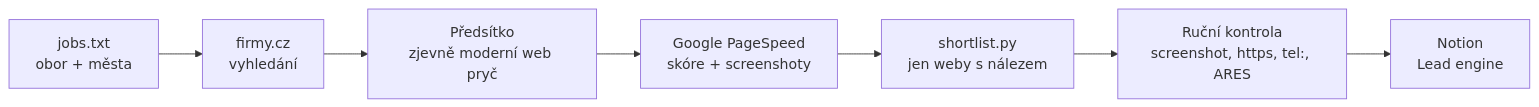
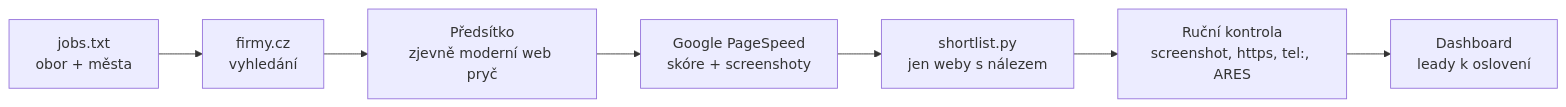
One commit to webkit-studio/webkit-studio changed the diagram in tools/lead-system/README.md. Above: the diagram before and after it, drawn with Mermaid. The commit also changed other lines of this file and 1 other file, not shown here.

First line of the commit message:
Lead systém: pryč s odkazy na Notion

````diff
--- a/tools/lead-system/README.md
+++ b/tools/lead-system/README.md
@@ -5,9 +5,9 @@
 ```mermaid
 flowchart LR
   A[jobs.txt<br>obor + města] --> B[firmy.cz<br>vyhledání]
   B --> C[Předsítko<br>zjevně moderní web pryč]
   C --> D[Google PageSpeed<br>skóre + screenshoty]
   D --> E[shortlist.py<br>jen weby s nálezem]
   E --> F[Ruční kontrola<br>screenshot, https, tel:, ARES]
-  F --> G[Notion<br>Lead engine]
+  F --> G[Dashboard<br>leady k oslovení]
 ```
````
